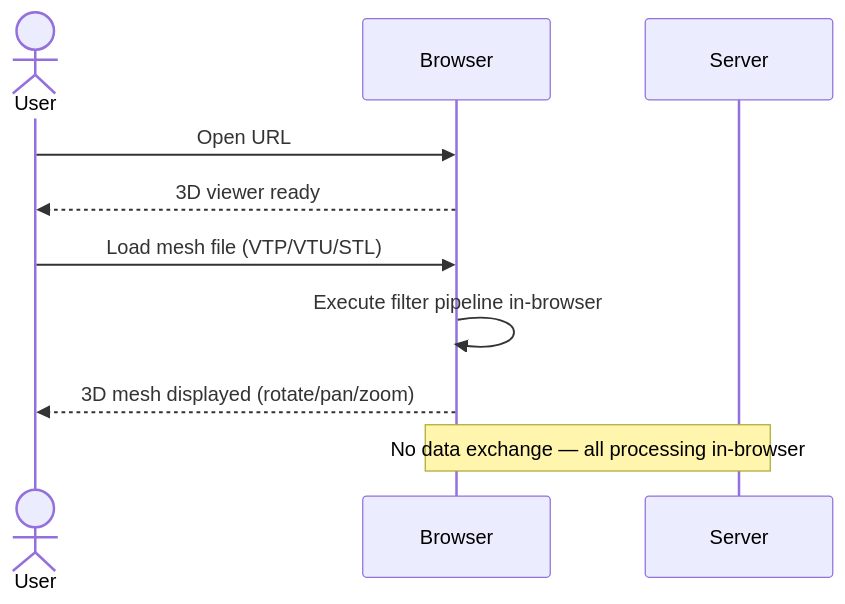
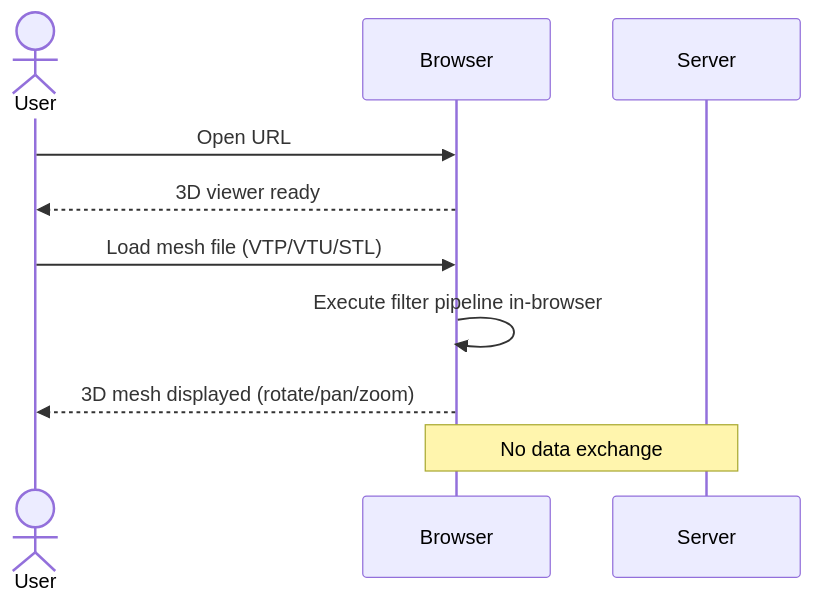
One commit to tkoyama010/pyvista-wasm changed the first of 4 diagrams in slides/slides.md. Above: the diagram before and after it, drawn with Mermaid.

Commit message:
docs: remove redundant text from no-data-exchange note

````diff
--- a/slides/slides.md
+++ b/slides/slides.md
@@ -230,15 +230,15 @@
 ```mermaid {scale: 0.65}
 sequenceDiagram
     actor U as User
     participant B as Browser
     participant S as Server
 
     U->>B: Open URL
     B-->>U: 3D viewer ready
 
     U->>B: Load mesh file (VTP/VTU/STL)
     B->>B: Execute filter pipeline in-browser
     B-->>U: 3D mesh displayed (rotate/pan/zoom)
 
-    Note over B,S: No data exchange — all processing in-browser
+    Note over B,S: No data exchange
 ```
````
